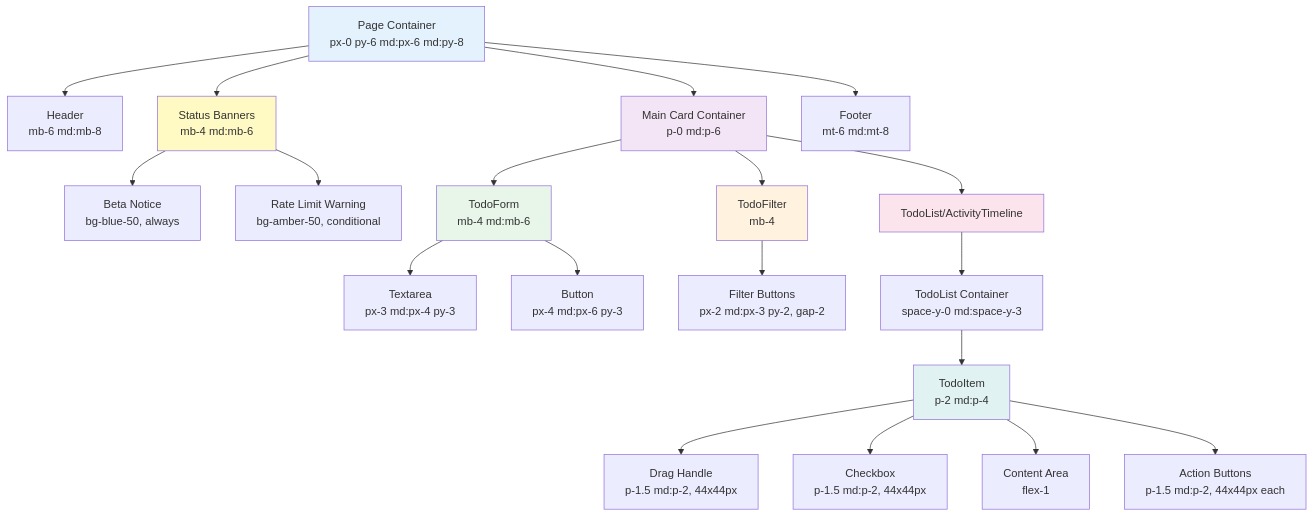
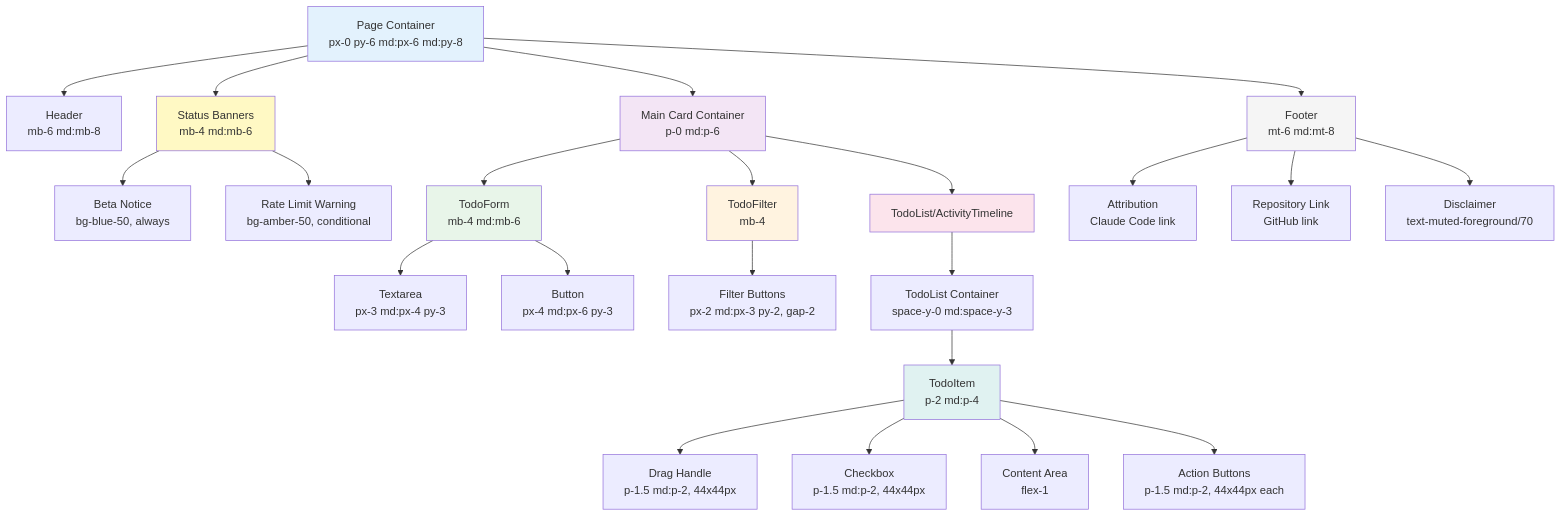
The diagram in docs/ux/layout-and-spacing-reference.md (mikiwiik/instructions-only-claude-coding), drawn with Mermaid before and after one commit. The commit also changed other lines of this file and 3 other files, not shown here.

````diff
--- a/docs/ux/layout-and-spacing-reference.md
+++ b/docs/ux/layout-and-spacing-reference.md
@@ -39,35 +39,40 @@
 ```mermaid
 graph TB
     A[Page Container<br/>px-0 py-6 md:px-6 md:py-8] --> B[Header<br/>mb-6 md:mb-8]
     A --> S[Status Banners<br/>mb-4 md:mb-6]
     A --> C[Main Card Container<br/>p-0 md:p-6]
     A --> D[Footer<br/>mt-6 md:mt-8]
 
     S --> S1[Beta Notice<br/>bg-blue-50, always]
     S --> S2[Rate Limit Warning<br/>bg-amber-50, conditional]
 
     C --> E[TodoForm<br/>mb-4 md:mb-6]
     C --> F[TodoFilter<br/>mb-4]
     C --> G[TodoList/ActivityTimeline]
 
     E --> E1[Textarea<br/>px-3 md:px-4 py-3]
     E --> E2[Button<br/>px-4 md:px-6 py-3]
 
     F --> F1[Filter Buttons<br/>px-2 md:px-3 py-2, gap-2]
 
     G --> H[TodoList Container<br/>space-y-0 md:space-y-3]
     H --> I[TodoItem<br/>p-2 md:p-4]
 
     I --> I1[Drag Handle<br/>p-1.5 md:p-2, 44x44px]
     I --> I2[Checkbox<br/>p-1.5 md:p-2, 44x44px]
     I --> I3[Content Area<br/>flex-1]
     I --> I4[Action Buttons<br/>p-1.5 md:p-2, 44x44px each]
 
+    D --> D1[Attribution<br/>Claude Code link]
+    D --> D2[Repository Link<br/>GitHub link]
+    D --> D3[Disclaimer<br/>text-muted-foreground/70]
+
     style A fill:#e3f2fd
     style S fill:#fff9c4
     style C fill:#f3e5f5
     style E fill:#e8f5e9
     style F fill:#fff3e0
     style G fill:#fce4ec
     style I fill:#e0f2f1
+    style D fill:#f5f5f5
 ```
````
